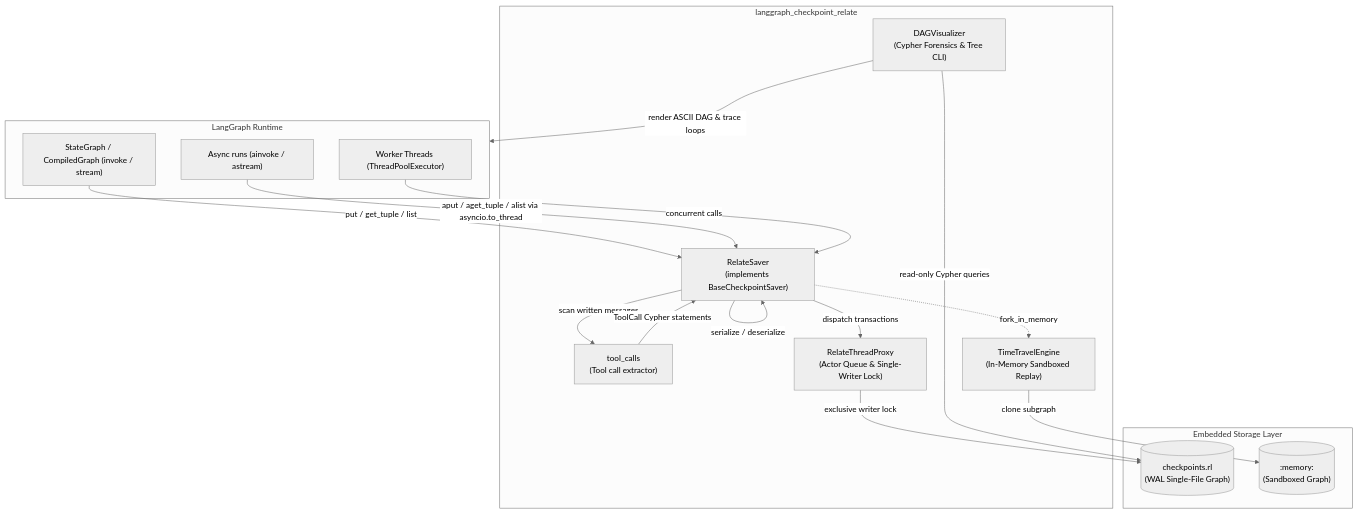
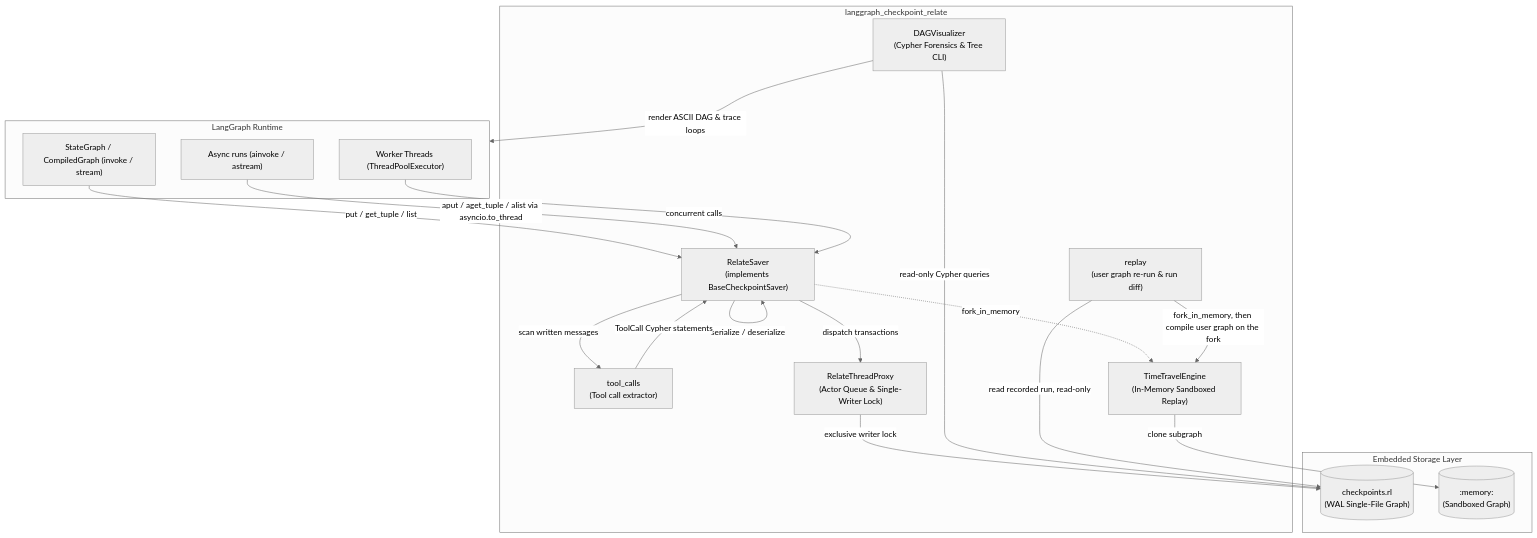
Before and after one commit to jegadeesh17/RelateGraphSaver: the first of 2 diagrams in docs/ARCHITECTURE.md, drawn with Mermaid (neutral theme). The commit also changed other lines of this file and 41 other files, not shown here.

````diff
--- a/docs/ARCHITECTURE.md
+++ b/docs/ARCHITECTURE.md
@@ -59,34 +61,37 @@
 ```mermaid
 graph TD
     subgraph Client["LangGraph Runtime"]
         Graph["StateGraph / CompiledGraph (invoke / stream)"]
         AsyncGraph["Async runs (ainvoke / astream)"]
         Workers["Worker Threads (ThreadPoolExecutor)"]
     end
 
     subgraph RelatePackage["langgraph_checkpoint_relate"]
         Saver["RelateSaver\n(implements BaseCheckpointSaver)"]
         ToolCapture["tool_calls\n(Tool call extractor)"]
         Proxy["RelateThreadProxy\n(Actor Queue & Single-Writer Lock)"]
         TimeTravel["TimeTravelEngine\n(In-Memory Sandboxed Replay)"]
         Visualizer["DAGVisualizer\n(Cypher Forensics & Tree CLI)"]
+        Replay["replay\n(user graph re-run & run diff)"]
     end
 
     subgraph Storage["Embedded Storage Layer"]
         DiskDB[("checkpoints.rl\n(WAL Single-File Graph)")]
         MemDB[(":memory:\n(Sandboxed Graph)")]
     end
 
     Graph -->|put / get_tuple / list| Saver
     AsyncGraph -->|aput / aget_tuple / alist via asyncio.to_thread| Saver
     Workers -->|concurrent calls| Saver
     Saver -->|serialize / deserialize| Saver
     Saver -->|scan written messages| ToolCapture
     ToolCapture -->|ToolCall Cypher statements| Saver
     Saver -->|dispatch transactions| Proxy
     Proxy -->|exclusive writer lock| DiskDB
     TimeTravel -->|clone subgraph| MemDB
     Saver -.->|fork_in_memory| TimeTravel
     Visualizer -->|read-only Cypher queries| DiskDB
     Visualizer -->|render ASCII DAG & trace loops| Client
+    Replay -->|fork_in_memory, then compile user graph on the fork| TimeTravel
+    Replay -->|read recorded run, read-only| DiskDB
 ```
````
